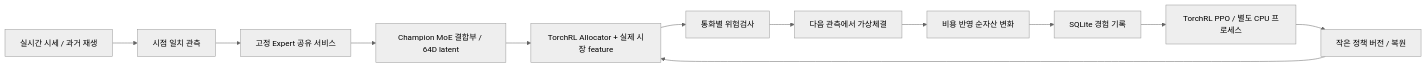
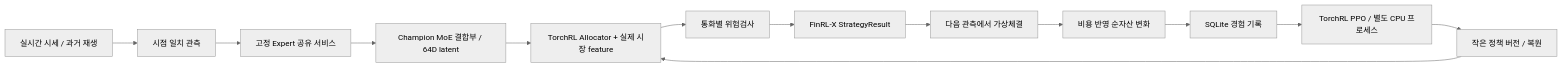
Before and after one commit to hushmind3/continual-trading-agent: the diagram in docs/architecture.md, drawn with Mermaid (neutral theme). The commit also changed other lines of this file and 1 other file, not shown here.

````diff
--- a/docs/architecture.md
+++ b/docs/architecture.md
@@ -5,14 +5,15 @@
 ```mermaid
 flowchart LR
   Feed[실시간 시세 / 과거 재생] --> Obs[시점 일치 관측]
   Obs --> Expert[고정 Expert 공유 서비스]
   Expert --> MoE[Champion MoE 결합부 / 64D latent]
   MoE --> Policy[TorchRL Allocator + 실제 시장 feature]
   Policy --> Risk[통화별 위험검사]
-  Risk --> Paper[다음 관측에서 가상체결]
+  Risk --> Result[FinRL-X StrategyResult]
+  Result --> Paper[다음 관측에서 가상체결]
   Paper --> Reward[비용 반영 순자산 변화]
   Reward --> Journal[SQLite 경험 기록]
   Journal --> Learner[TorchRL PPO / 별도 CPU 프로세스]
   Learner --> Revision[작은 정책 버전 / 복원]
   Revision --> Policy
 ```
````
